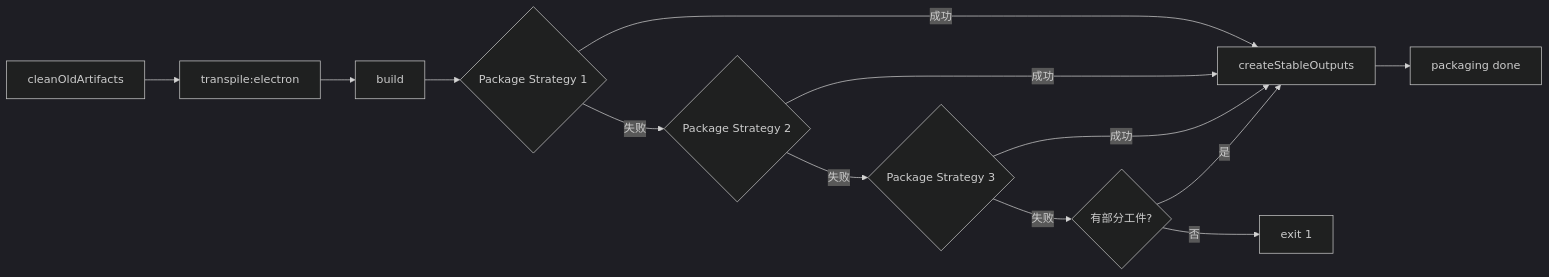
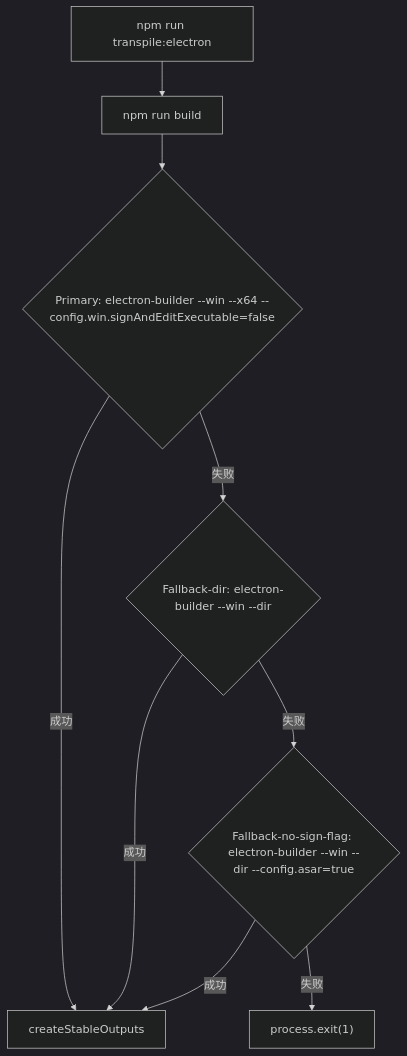
Before and after one commit to lst016/tech-cc-hub: the first of 3 diagrams in .tech/repowiki/zh/content/核心模块规格/工程脚本总览.md, drawn with Mermaid (dark theme). The commit also changed other lines of this file and 176 other files, not shown here.

````diff
--- a/.tech/repowiki/zh/content/核心模块规格/工程脚本总览.md
+++ b/.tech/repowiki/zh/content/核心模块规格/工程脚本总览.md
@@ -195,15 +108,11 @@
 ```mermaid
-flowchart LR
-    A[cleanOldArtifacts] --> B[transpile:electron]
-    B --> C[build]
-    C --> D{Package Strategy 1}
-    D -->|成功| E[createStableOutputs]
-    D -->|失败| F{Package Strategy 2}
-    F -->|成功| E
-    F -->|失败| G{Package Strategy 3}
-    G -->|成功| E
-    G -->|失败| H{有部分工件?}
-    H -->|是| E
-    H -->|否| I[exit 1]
-    E --> J[packaging done]
+flowchart TD
+    A["npm run transpile:electron"] --> B["npm run build"]
+    B --> C{Primary: electron-builder --win --x64 --config.win.signAndEditExecutable=false}
+    C --"成功"--> D["createStableOutputs"]
+    C --"失败"--> E{Fallback-dir: electron-builder --win --dir}
+    E --"成功"--> D
+    E --"失败"--> F{Fallback-no-sign-flag: electron-builder --win --dir --config.asar=true}
+    F --"成功"--> D
+    F --"失败"--> G["process.exit(1)"]
 ```
````
